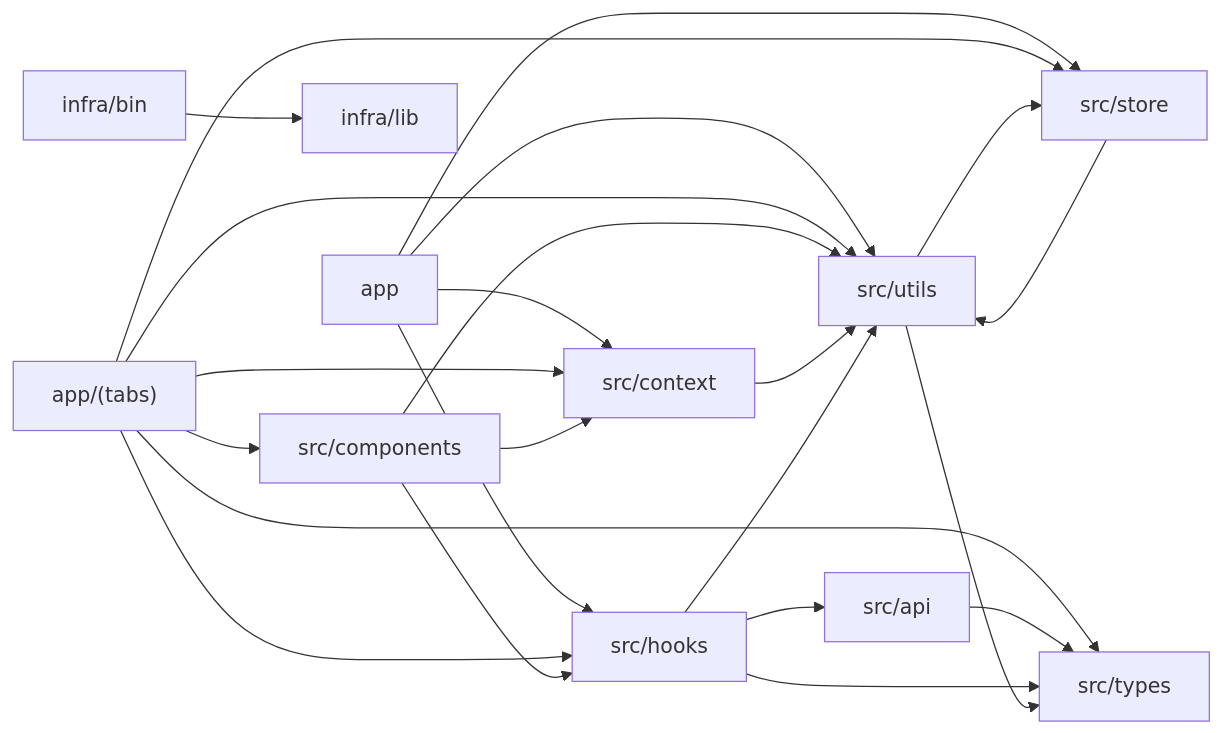
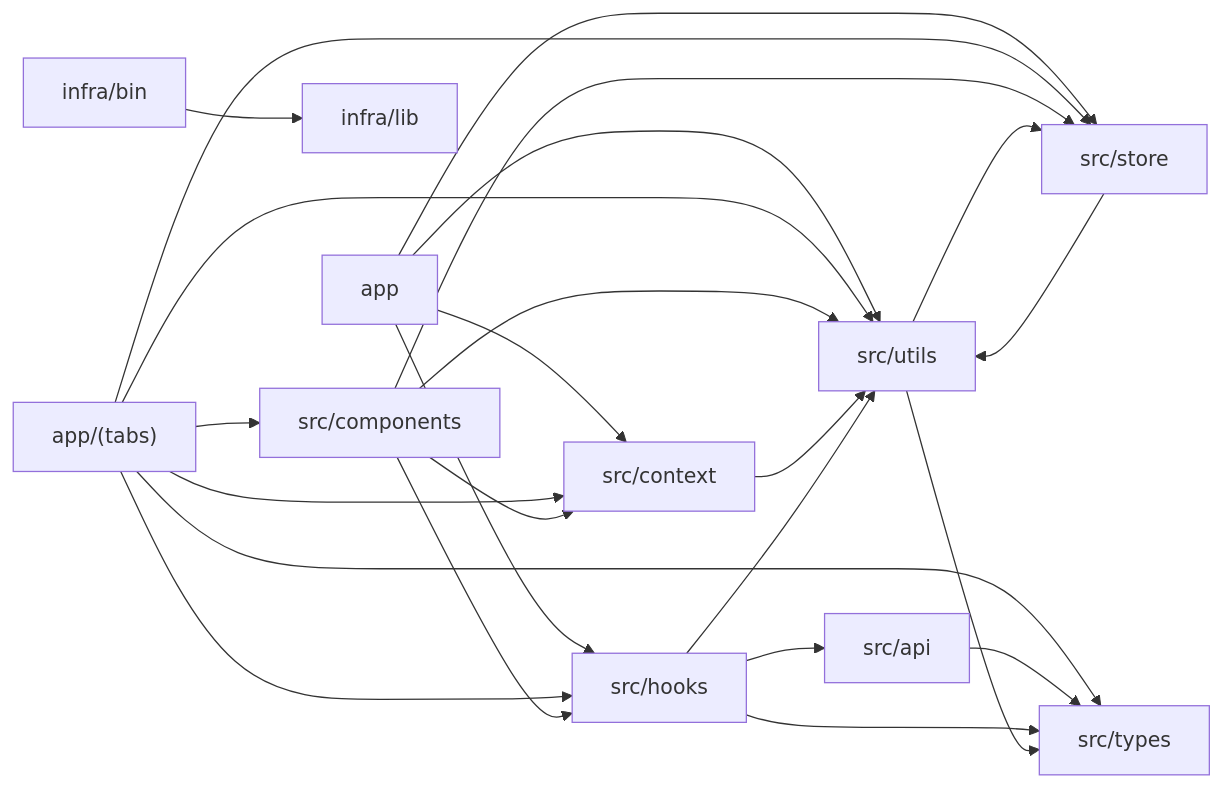
One commit to rufbulldog/ferry-tracker changed the diagram in docs/spec/_systems/architecture.md. Above: the diagram before and after it, drawn with Mermaid. The commit also changed other lines of this file and 19 other files, not shown here.

````diff
--- a/docs/spec/_systems/architecture.md
+++ b/docs/spec/_systems/architecture.md
@@ -20,36 +20,37 @@
 ```mermaid
 flowchart LR
   n_app["app"]
   n_app_tabs["app/(tabs)"]
   n_infra_bin["infra/bin"]
   n_infra_lib["infra/lib"]
   n_src_api["src/api"]
   n_src_components["src/components"]
   n_src_context["src/context"]
   n_src_hooks["src/hooks"]
   n_src_store["src/store"]
   n_src_types["src/types"]
   n_src_utils["src/utils"]
   n_app --> n_src_context
   n_app --> n_src_hooks
   n_app --> n_src_store
   n_app --> n_src_utils
   n_app_tabs --> n_src_components
   n_app_tabs --> n_src_context
   n_app_tabs --> n_src_hooks
   n_app_tabs --> n_src_store
   n_app_tabs --> n_src_types
   n_app_tabs --> n_src_utils
   n_infra_bin --> n_infra_lib
   n_src_api --> n_src_types
   n_src_components --> n_src_context
   n_src_components --> n_src_hooks
+  n_src_components --> n_src_store
   n_src_components --> n_src_utils
   n_src_context --> n_src_utils
   n_src_hooks --> n_src_api
   n_src_hooks --> n_src_types
   n_src_hooks --> n_src_utils
   n_src_store --> n_src_utils
   n_src_utils --> n_src_store
   n_src_utils --> n_src_types
 ```
````
